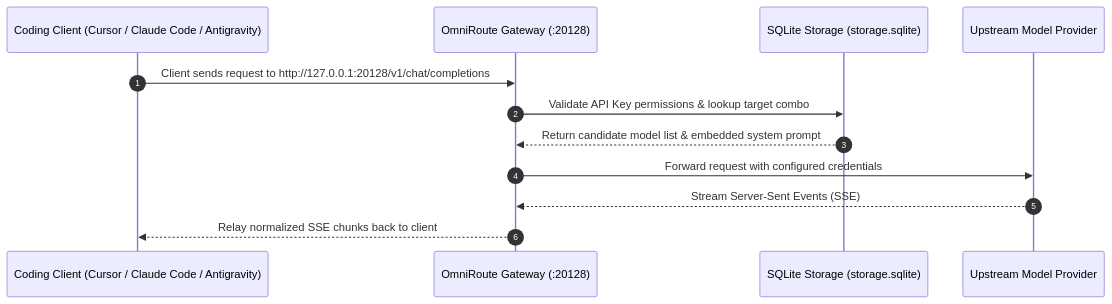
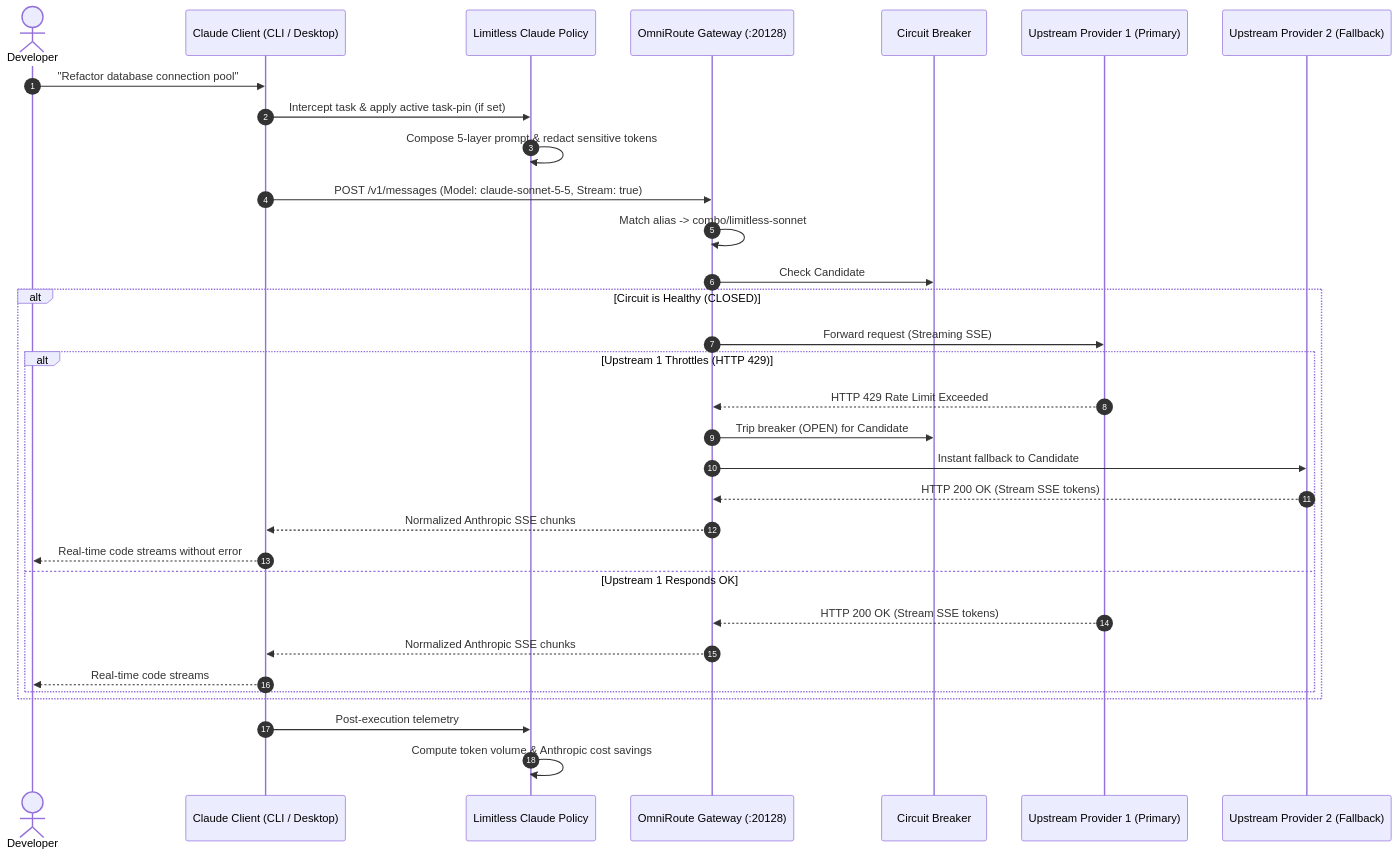
One commit to mahik504/limitless-claude changed the third of 4 diagrams in README.md. Above: the diagram before and after it, drawn with Mermaid. The commit also changed other lines of this file and 54 other files, not shown here.

Commit message:
feat(release): Limitless Claude 8.4.0 — Master Architectural Consolidation, Claude Desktop 3p Gateway, OpenRouter Multiplier, 24 Workloads & Universal Agent Installer

````diff
--- a/README.md
+++ b/README.md
@@ -90,15 +225,35 @@
 ```mermaid
 sequenceDiagram
     autonumber
-    participant IDE as Coding Client (Cursor / Claude Code / Antigravity)
+    actor Dev as Developer
+    participant Client as Claude Client (CLI / Desktop)
+    participant LC as Limitless Claude Policy
     participant GW as OmniRoute Gateway (:20128)
-    participant DB as SQLite Storage (storage.sqlite)
-    participant UP as Upstream Model Provider
+    participant CB as Circuit Breaker
+    participant P1 as Upstream Provider 1 (Primary)
+    participant P2 as Upstream Provider 2 (Fallback)
 
-    IDE->>GW: Client sends request to http://127.0.0.1:20128/v1/chat/completions
-    GW->>DB: Validate API Key permissions & lookup target combo
-    DB-->>GW: Return candidate model list & embedded system prompt
-    GW->>UP: Forward request with configured credentials
-    UP-->>GW: Stream Server-Sent Events (SSE)
-    GW-->>IDE: Relay normalized SSE chunks back to client
+    Dev->>Client: "Refactor database connection pool"
+    Client->>LC: Intercept task & apply active task-pin (if set)
+    LC->>LC: Compose 5-layer prompt & redact sensitive tokens
+    Client->>GW: POST /v1/messages (Model: claude-sonnet-5-5, Stream: true)
+    GW->>GW: Match alias -> combo/limitless-sonnet
+    GW->>CB: Check Candidate #1 health
+    alt Circuit is Healthy (CLOSED)
+        GW->>P1: Forward request (Streaming SSE)
+        alt Upstream 1 Throttles (HTTP 429)
+            P1-->>GW: HTTP 429 Rate Limit Exceeded
+            GW->>CB: Trip breaker (OPEN) for Candidate #1
+            GW->>P2: Instant fallback to Candidate #2
+            P2-->>GW: HTTP 200 OK (Stream SSE tokens)
+            GW-->>Client: Normalized Anthropic SSE chunks
+            Client-->>Dev: Real-time code streams without error
+        else Upstream 1 Responds OK
+            P1-->>GW: HTTP 200 OK (Stream SSE tokens)
+            GW-->>Client: Normalized Anthropic SSE chunks
+            Client-->>Dev: Real-time code streams
+        end
+    end
+    Client->>LC: Post-execution telemetry
+    LC->>LC: Compute token volume & Anthropic cost savings
 ```
````
